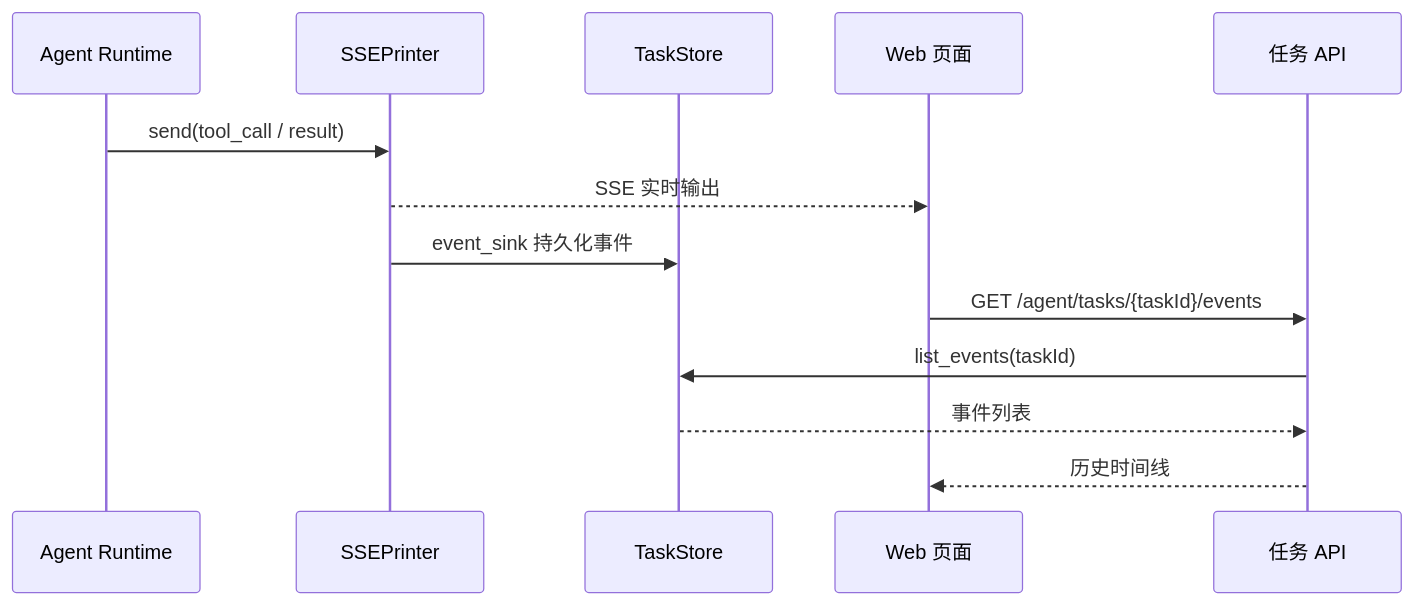
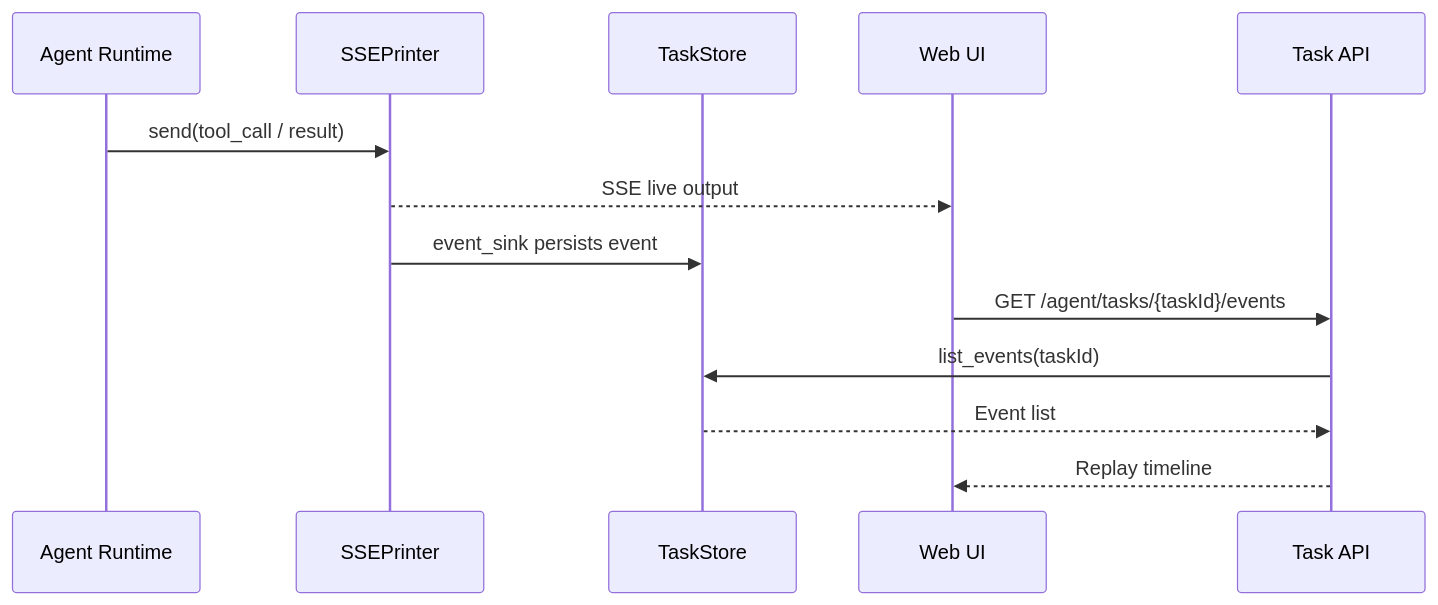
Diagram 15 of 18 in README.md (youkuxiaobin/task-pilot-agent), drawn with Mermaid before and after one commit. The commit also changed other lines of this file and 1 other file, not shown here.

````diff
--- a/README.md
+++ b/README.md
@@ -293,16 +310,16 @@
 ```mermaid
 sequenceDiagram
   participant Runtime as Agent Runtime
   participant Printer as SSEPrinter
   participant Store as TaskStore
-  participant Web as Web 页面
-  participant API as 任务 API
+  participant Web as Web UI
+  participant API as Task API
 
   Runtime->>Printer: send(tool_call / result)
-  Printer-->>Web: SSE 实时输出
-  Printer->>Store: event_sink 持久化事件
+  Printer-->>Web: SSE live output
+  Printer->>Store: event_sink persists event
   Web->>API: GET /agent/tasks/{taskId}/events
   API->>Store: list_events(taskId)
-  Store-->>API: 事件列表
-  API-->>Web: 历史时间线
+  Store-->>API: Event list
+  API-->>Web: Replay timeline
 ```
````
